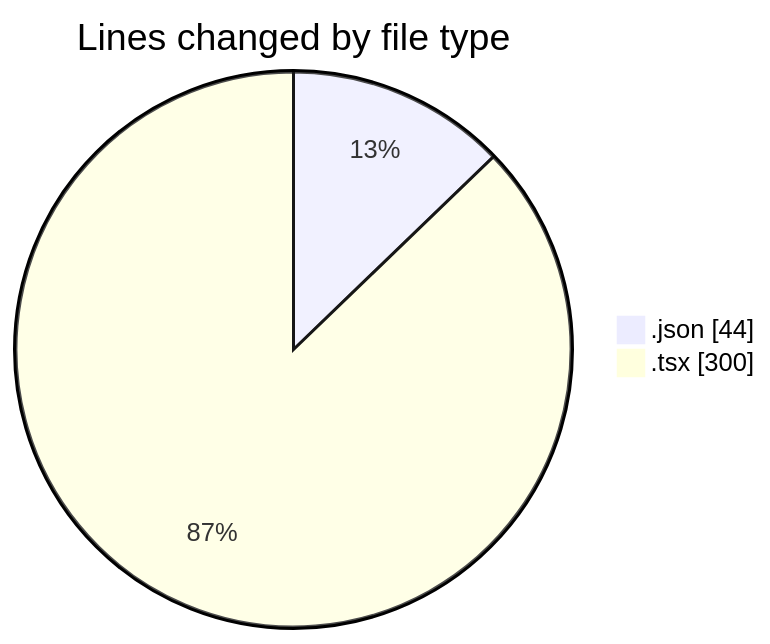
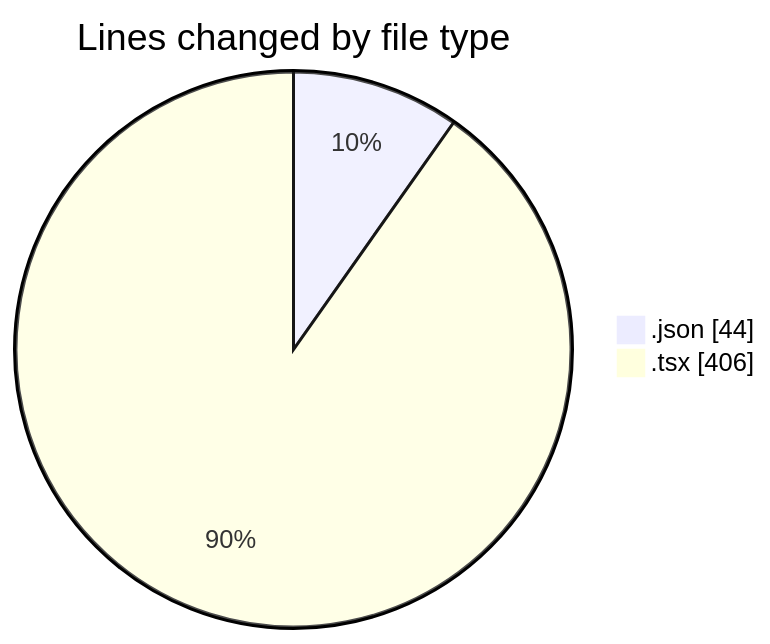
The first of 2 diagrams in 2025-03-18/peregrino-web/README.md (robertbonfada/code-tracking), drawn with Mermaid before and after one commit. The commit also changed other lines of this file and 1 other file, not shown here.

````diff
--- a/2025-03-18/peregrino-web/README.md
+++ b/2025-03-18/peregrino-web/README.md
@@ -24,6 +24,6 @@
 ```mermaid
 pie showData
 title Lines changed by file type
 ".json" : 44
-".tsx" : 300
+".tsx" : 406
 ```
````
